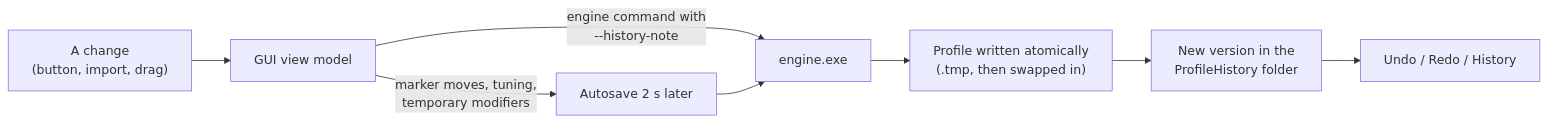
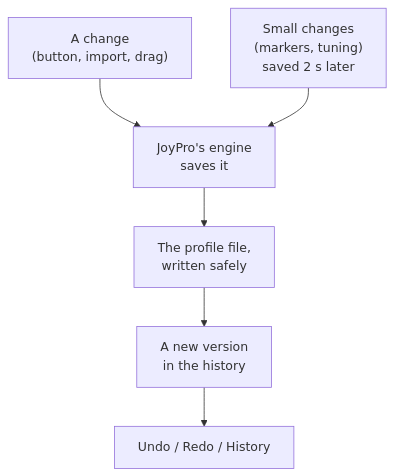
One commit to Holdi601/JoystickProfiler2 changed the diagram in website/content/gui/header.md. Above: the diagram before and after it, drawn with Mermaid. The commit also changed other lines of this file and 718 other files, not shown here.

Commit message:
JoyPro2 2.7.0

````diff
--- a/website/content/gui/header.md
+++ b/website/content/gui/header.md
@@ -67,10 +71,9 @@
 ```mermaid
-flowchart LR
-  E["A change<br/>(button, import, drag)"] --> G["GUI view model"]
-  G -->|"engine command with<br/>--history-note"| X["engine.exe"]
-  X --> W["Profile written atomically<br/>(.tmp, then swapped in)"]
-  W --> V["New version in the<br/>ProfileHistory folder"]
-  G -->|"marker moves, tuning,<br/>temporary modifiers"| A["Autosave 2 s later"]
-  A --> X
+flowchart TD
+  E["A change<br/>(button, import, drag)"] --> X["JoyPro's engine<br/>saves it"]
+  A["Small changes<br/>(markers, tuning)<br/>saved 2 s later"] --> X
+  X --> W["The profile file,<br/>written safely"]
+  W --> V["A new version<br/>in the history"]
   V --> U["Undo / Redo / History"]
+%% caption: Every change becomes a version of the profile. Undo, Redo and History move between these versions.
 ```
````
